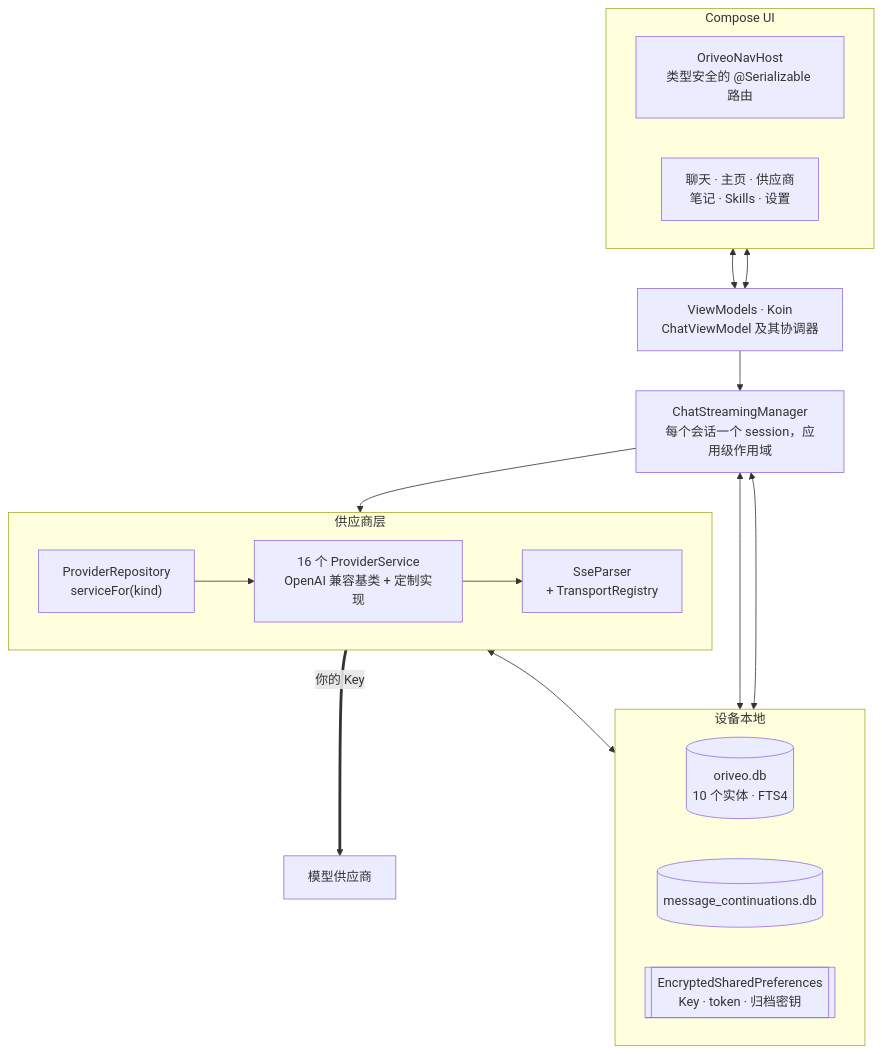
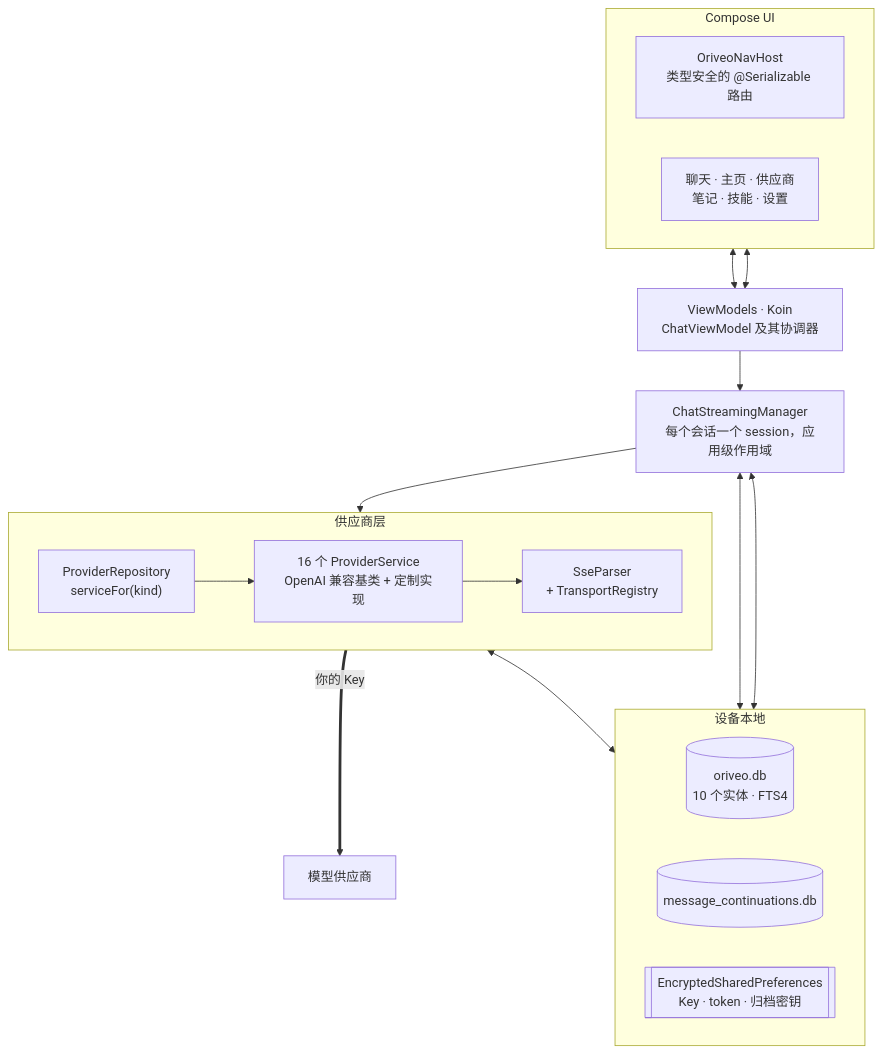
The diagram in readme_i18n/zh-Hans/android.md (oriveo/oriveo), drawn with Mermaid before and after one commit. The commit also changed other lines of this file and 89 other files, not shown here.

````diff
--- a/readme_i18n/zh-Hans/android.md
+++ b/readme_i18n/zh-Hans/android.md
@@ -45,34 +45,34 @@
 ```mermaid
 flowchart TB
     subgraph ui ["Compose UI"]
         direction LR
         nav["OriveoNavHost<br/>类型安全的 @Serializable 路由"]
-        screens["聊天 · 主页 · 供应商<br/>笔记 · Skills · 设置"]
+        screens["聊天 · 主页 · 供应商<br/>笔记 · 技能 · 设置"]
     end
 
     vms["ViewModels · Koin<br/>ChatViewModel 及其协调器"]
 
     streaming["ChatStreamingManager<br/>每个会话一个 session，应用级作用域"]
 
     subgraph data ["设备本地"]
         direction LR
         room[("oriveo.db<br/>10 个实体 · FTS4")]
         cont[("message_continuations.db")]
         keys[["EncryptedSharedPreferences<br/>Key · token · 归档密钥"]]
     end
 
     subgraph net ["供应商层"]
         direction LR
         repo["ProviderRepository<br/>serviceFor(kind)"]
         svc["16 个 ProviderService<br/>OpenAI 兼容基类 + 定制实现"]
         sse["SseParser<br/>+ TransportRegistry"]
     end
 
     nav & screens <--> vms
     vms --> streaming
     streaming --> repo
     repo --> svc --> sse
     streaming <--> room & cont
     svc <--> keys
     sse ==>|"你的 Key"| up["模型供应商"]
 ```
````
